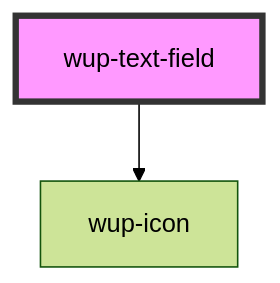
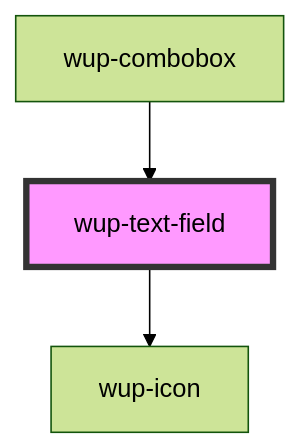
Before and after one commit to smeup/ketchup: the diagram in packages/ketchup/src/components/wup-text-field/readme.md, drawn with Mermaid (forest theme). The commit also changed other lines of this file and 7 other files, not shown here.

````diff
--- a/packages/ketchup/src/components/wup-text-field/readme.md
+++ b/packages/ketchup/src/components/wup-text-field/readme.md
@@ -49,5 +53,6 @@
 ```mermaid
 graph TD;
   wup-text-field --> wup-icon
+  wup-combobox --> wup-text-field
   style wup-text-field fill:#f9f,stroke:#333,stroke-width:4px
 ```
````
